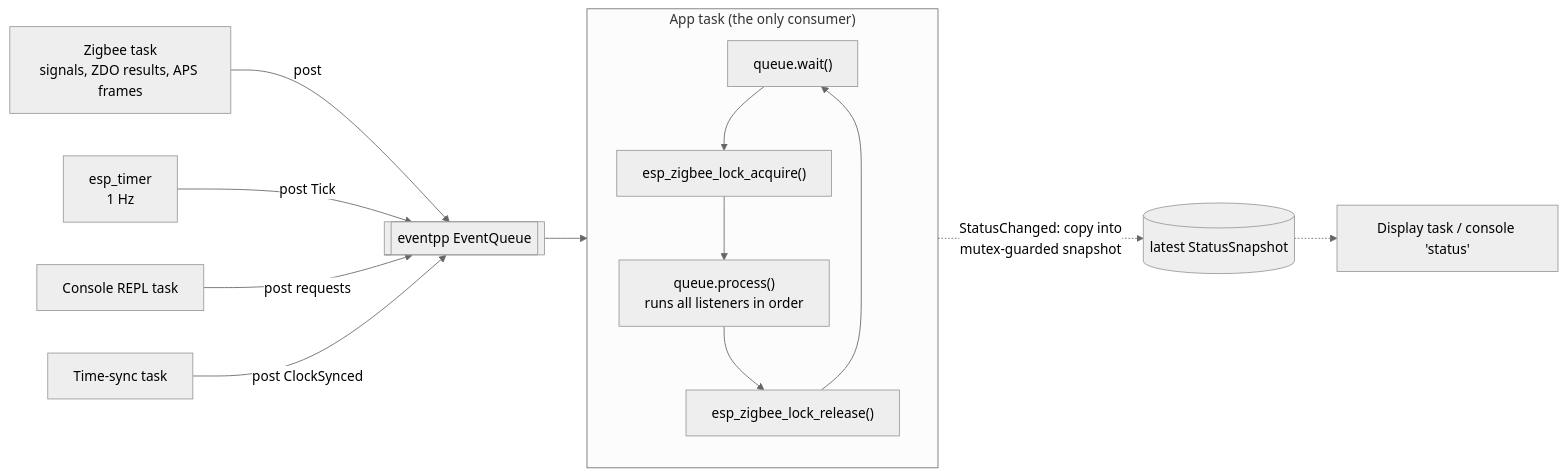
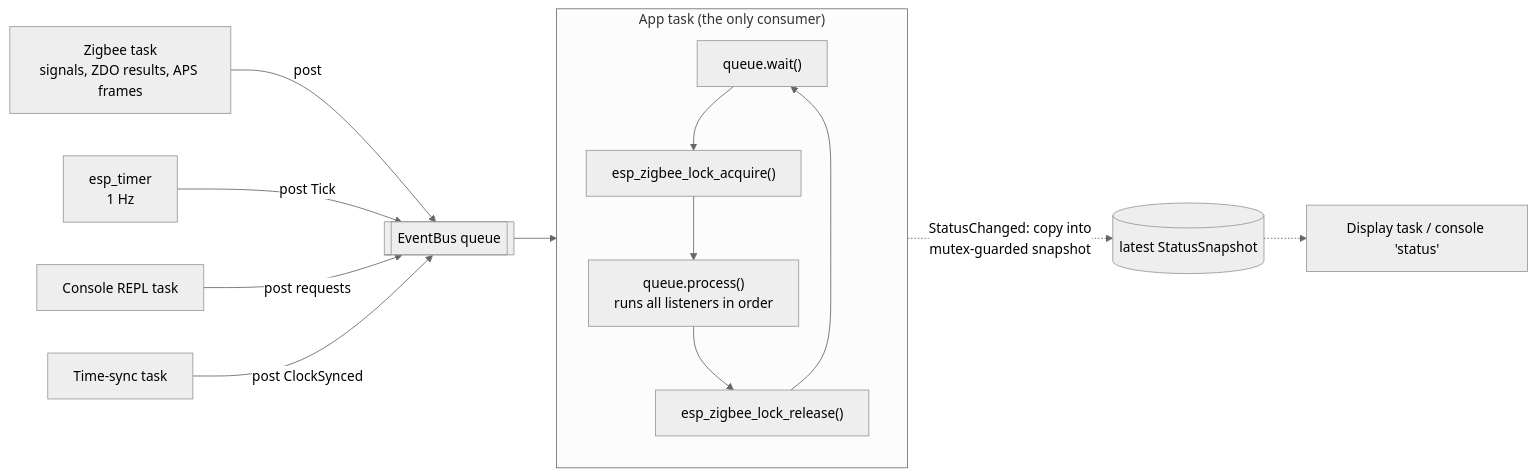
One commit to bjerre/sunsim changed the second of 5 diagrams in EVENT_DESIGN.md. Above: the diagram before and after it, drawn with Mermaid (neutral theme). The commit also changed other lines of this file and 35 other files, not shown here.

````diff
--- a/EVENT_DESIGN.md
+++ b/EVENT_DESIGN.md
@@ -79,19 +79,19 @@
 ```mermaid
 flowchart LR
     ZT["Zigbee task<br/>signals, ZDO results, APS frames"] -->|post| Q
     TM["esp_timer<br/>1 Hz"] -->|post Tick| Q
     CON["Console REPL task"] -->|post requests| Q
     TS["Time-sync task"] -->|post ClockSynced| Q
-    Q[["eventpp EventQueue"]] --> AT
+    Q[["EventBus queue"]] --> AT
 
     subgraph AT["App task (the only consumer)"]
         direction TB
         W["queue.wait()"] --> L["esp_zigbee_lock_acquire()"]
         L --> P["queue.process()<br/>runs all listeners in order"]
         P --> U["esp_zigbee_lock_release()"]
         U --> W
     end
 
     AT -.->|"StatusChanged: copy into<br/>mutex-guarded snapshot"| SNAP[("latest StatusSnapshot")]
     SNAP -.-> DT["Display task / console 'status'"]
 ```
````
